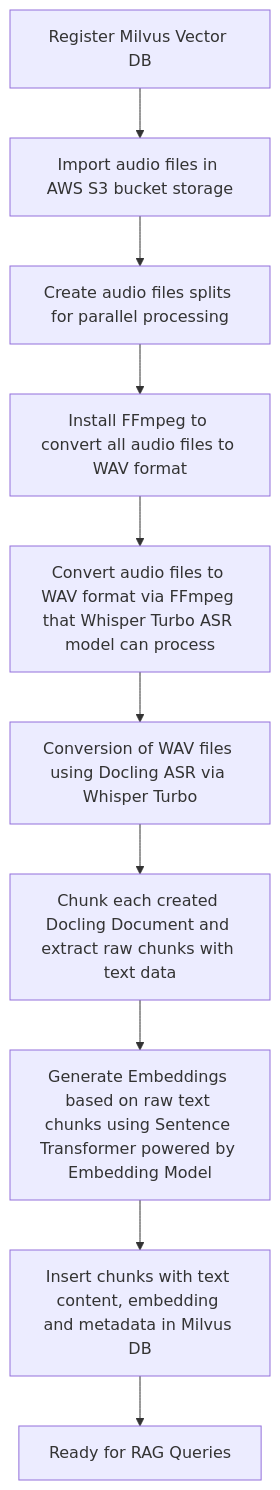
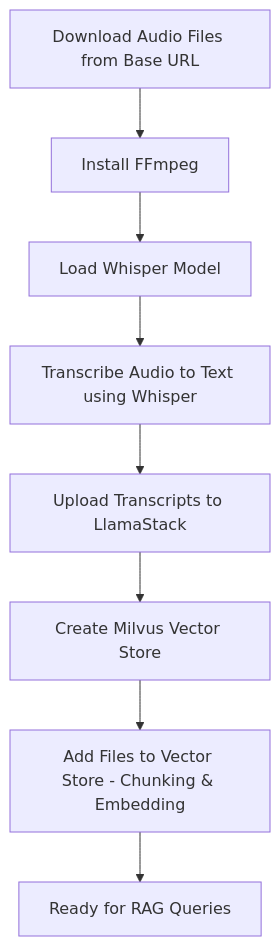
The diagram in demos/kubeflow-pipelines/asr-conversion/README.md (Ygnas/rag), drawn with Mermaid before and after one commit. The commit also changed other lines of this file and 8 other files, not shown here.

Commit message:
Update and enhance KubeFlow Pipeline ASR demo to use vector stores and llama stack 0.3.0

````diff
--- a/demos/kubeflow-pipelines/asr-conversion/README.md
+++ b/demos/kubeflow-pipelines/asr-conversion/README.md
@@ -11,22 +11,18 @@
 ```mermaid
 
 graph TD
 
-A[Register Milvus Vector DB] --> B[Import audio files in AWS S3 bucket storage]
+A[Download Audio Files from Base URL] --> B[Install FFmpeg]
 
-B --> C[Create audio files splits for parallel processing]
+B --> C[Load Whisper Model]
 
-C --> D[Install FFmpeg to convert all audio files to WAV format]
+C --> D[Transcribe Audio to Text using Whisper]
 
-D --> E[Convert audio files to WAV format via FFmpeg that Whisper Turbo ASR model can process]
+D --> E[Upload Transcripts to LlamaStack]
 
-E --> F[Conversion of WAV files using Docling ASR via Whisper Turbo]
+E --> F[Create Milvus Vector Store]
 
-F --> G[Chunk each created Docling Document and extract raw chunks with text data]
+F --> G[Add Files to Vector Store - Chunking & Embedding]
 
-G --> H[Generate Embeddings based on raw text chunks using Sentence Transformer powered by Embedding Model]
-
-H --> I[Insert chunks with text content, embedding and metadata in Milvus DB]
-
-I --> J[Ready for RAG Queries]
+G --> H[Ready for RAG Queries]
 ```
````
